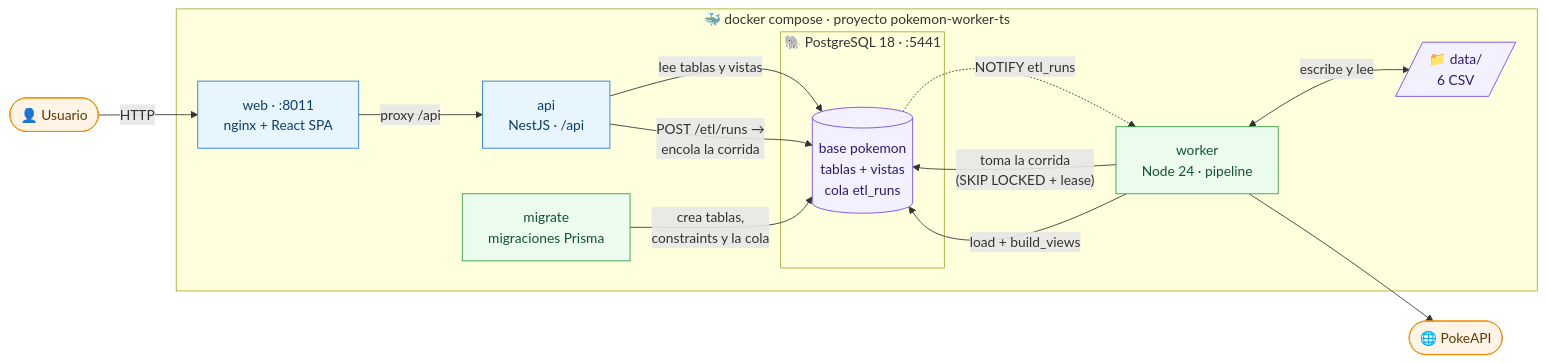
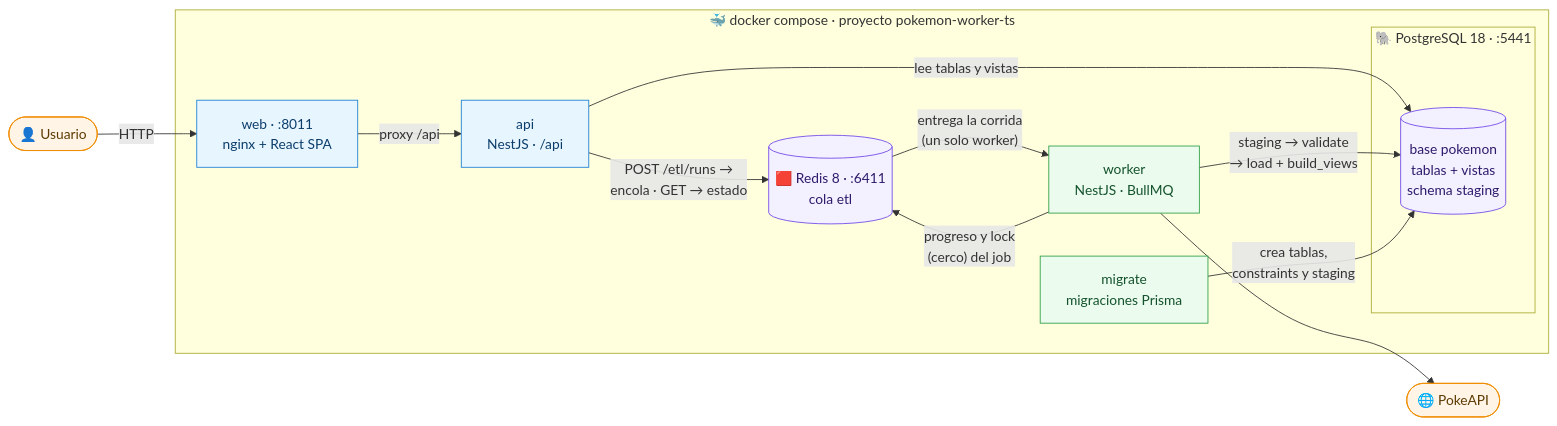
The third of 4 diagrams in alternatives/worker-ts/README.md (agustin-rios/pokemon), drawn with Mermaid before and after one commit. The commit also changed other lines of this file and 6 other files, not shown here.

````diff
--- a/alternatives/worker-ts/README.md
+++ b/alternatives/worker-ts/README.md
@@ -294,36 +270,35 @@
 ```mermaid
 flowchart LR
   user(["👤 Usuario"])
   pokeapi(["🌐 PokeAPI"])
 
   subgraph compose["🐳 docker compose · proyecto pokemon-worker-ts"]
     web["web · :8011<br/>nginx + React SPA"]
     api["api<br/>NestJS · /api"]
-    worker["worker<br/>Node 24 · pipeline"]
+    worker["worker<br/>NestJS · BullMQ"]
     migrate["migrate<br/>migraciones Prisma"]
-    data[/"📁 data/<br/>6 CSV"/]
+    redis[("🟥 Redis 8 · :6411<br/>cola etl")]
     subgraph pg["🐘 PostgreSQL 18 · :5441"]
-      dbapp[("base pokemon<br/>tablas + vistas<br/>cola etl_runs")]
+      dbapp[("base pokemon<br/>tablas + vistas<br/>schema staging")]
     end
   end
 
   user -->|HTTP| web
   web -->|"proxy /api"| api
   api -->|"lee tablas y vistas"| dbapp
-  api -->|"POST /etl/runs →<br/>encola la corrida"| dbapp
-  dbapp -.->|"NOTIFY etl_runs"| worker
-  worker -->|"toma la corrida<br/>(SKIP LOCKED + lease)"| dbapp
+  api -->|"POST /etl/runs →<br/>encola · GET → estado"| redis
+  redis -->|"entrega la corrida<br/>(un solo worker)"| worker
+  worker -->|"progreso y lock<br/>(cerco) del job"| redis
   worker --> pokeapi
-  worker <-->|"escribe y lee"| data
-  worker -->|"load + build_views"| dbapp
-  migrate -->|"crea tablas,<br/>constraints y la cola"| dbapp
+  worker -->|"staging → validate<br/>→ load + build_views"| dbapp
+  migrate -->|"crea tablas,<br/>constraints y staging"| dbapp
 
   classDef ext fill:#fff4e6,stroke:#f08c00,color:#5c3a00
   classDef app fill:#e7f5ff,stroke:#1c7ed6,color:#0b3d6b
   classDef etl fill:#ebfbee,stroke:#2f9e44,color:#14532d
   classDef store fill:#f3f0ff,stroke:#7048e8,color:#2e1a6b
   class user,pokeapi ext
   class web,api app
   class worker,migrate etl
-  class data,dbapp store
+  class redis,dbapp store
 ```
````
